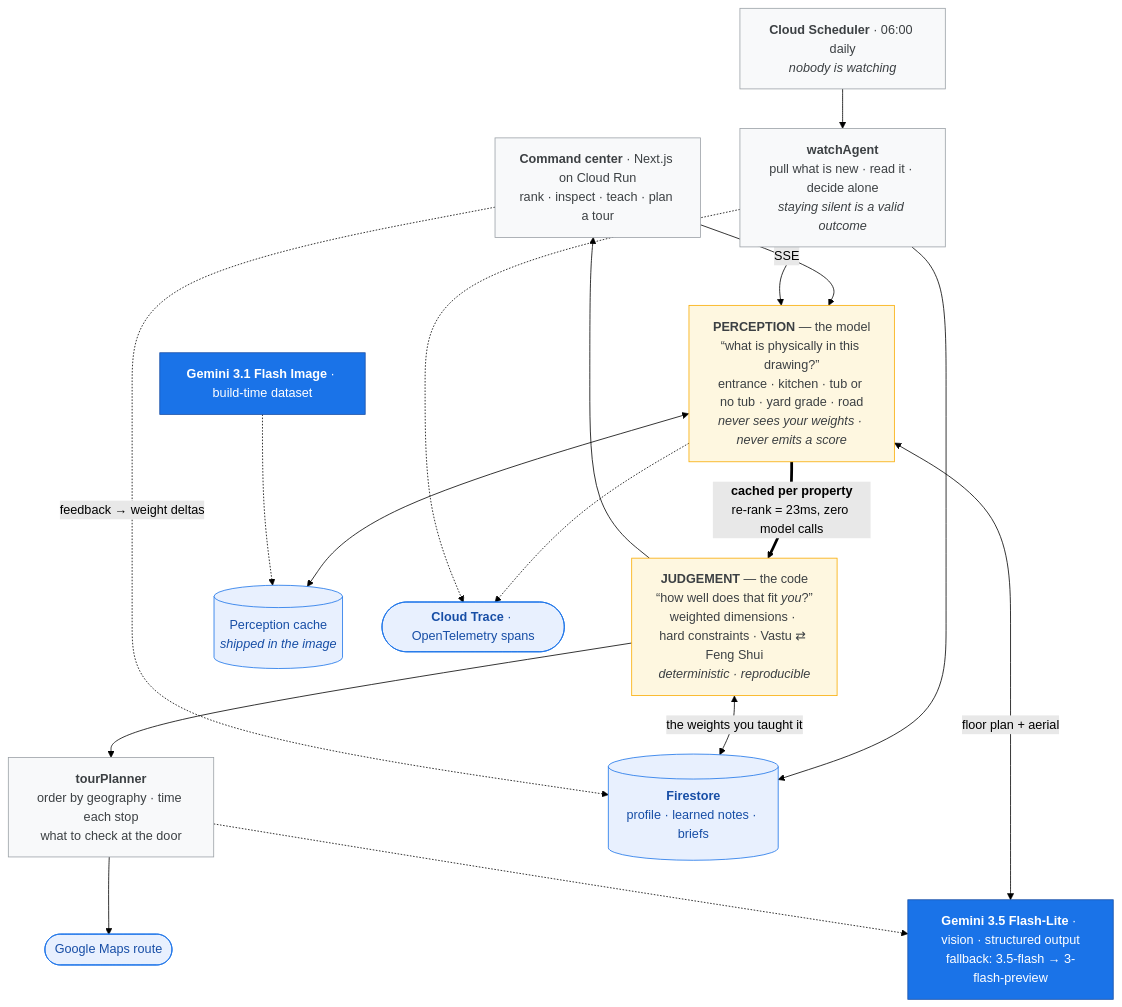
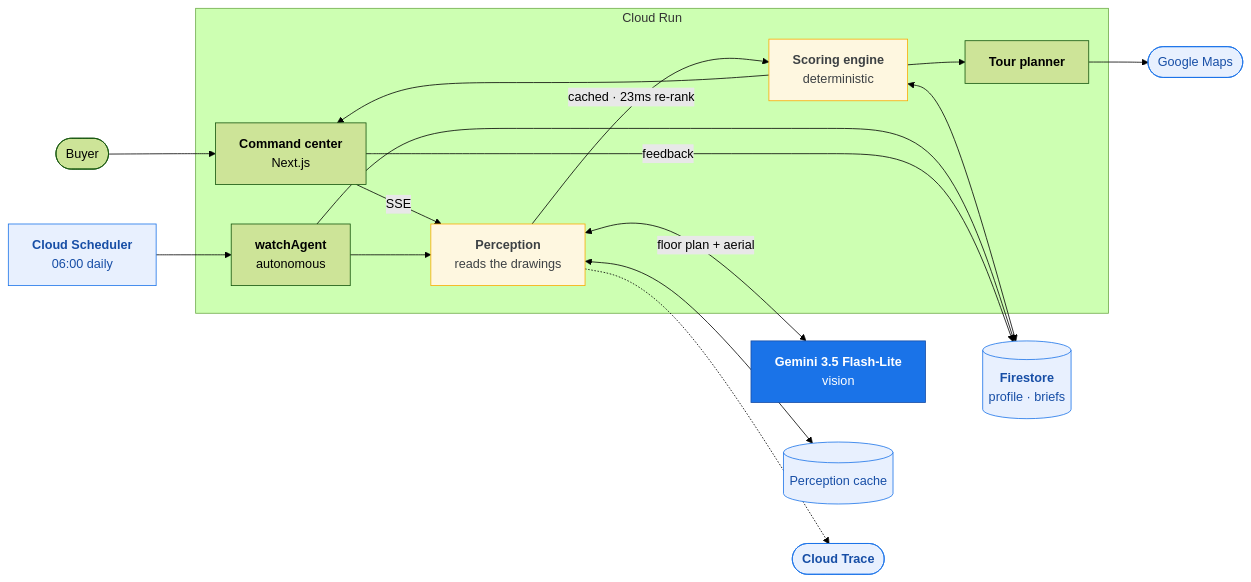
The diagram in docs/diagram-source.mmd (skg0525/allthingsagentichackathon), drawn with Mermaid (forest theme) before and after one commit. The commit also changed 5 other files, not shown here.

Commit message:
Restructure the demo for a 30-second hook; use your own voice per organizer guidance

```diff
--- a/docs/diagram-source.mmd
+++ b/docs/diagram-source.mmd
@@ -1,43 +1,34 @@
-flowchart TB
+flowchart LR
 
-UI["<b>Command center</b> · Next.js on Cloud Run<br/>rank · inspect · teach · plan a tour"]
-SCHED["<b>Cloud Scheduler</b> · 06:00 daily<br/><i>nobody is watching</i>"]
-WATCH["<b>watchAgent</b><br/>pull what is new · read it · decide alone<br/><i>staying silent is a valid outcome</i>"]
+  USER(["Buyer"]) --> UI
+  CRON["<b>Cloud Scheduler</b><br/>06:00 daily"] --> WATCH
 
-PERC["<b>PERCEPTION</b> — the model<br/>“what is physically in this drawing?”<br/>entrance · kitchen · tub or no tub · yard grade · road<br/><i>never sees your weights · never emits a score</i>"]
-JUDGE["<b>JUDGEMENT</b> — the code<br/>“how well does that fit <i>you</i>?”<br/>weighted dimensions · hard constraints · Vastu ⇄ Feng Shui<br/><i>deterministic · reproducible</i>"]
+  subgraph CR["Cloud Run"]
+    UI["<b>Command center</b><br/>Next.js"]
+    WATCH["<b>watchAgent</b><br/>autonomous"]
+    PERC["<b>Perception</b><br/>reads the drawings"]
+    JUDGE["<b>Scoring engine</b><br/>deterministic"]
+    TOUR["<b>Tour planner</b>"]
+  end
 
-TOUR["<b>tourPlanner</b><br/>order by geography · time each stop<br/>what to check at the door"]
-MAPS(["Google Maps route"])
+  UI -->|SSE| PERC
+  WATCH --> PERC
+  PERC -->|"cached · 23ms re-rank"| JUDGE
+  JUDGE --> UI
+  JUDGE --> TOUR
 
-GEM["<b>Gemini 3.5 Flash-Lite</b> · vision · structured output<br/>fallback: 3.5-flash → 3-flash-preview"]
-IMG["<b>Gemini 3.1 Flash Image</b> · build-time dataset"]
+  PERC <-->|"floor plan + aerial"| GEM["<b>Gemini 3.5 Flash-Lite</b><br/>vision"]
+  TOUR --> MAPS(["Google Maps"])
 
-FS[("<b>Firestore</b><br/>profile · learned notes · briefs")]
-CACHE[("Perception cache<br/><i>shipped in the image</i>")]
-TRACE(["<b>Cloud Trace</b> · OpenTelemetry spans"])
+  JUDGE <--> FS[("<b>Firestore</b><br/>profile · briefs")]
+  WATCH --> FS
+  UI -->|feedback| FS
+  PERC <--> CACHE[("Perception cache")]
+  PERC -.-> TRACE(["<b>Cloud Trace</b>"])
 
-UI     -->|"SSE"| PERC
-SCHED  --> WATCH --> PERC
-PERC   ==>|"<b>cached per property</b><br/>re-rank = 23ms, zero model calls"| JUDGE
-JUDGE  --> TOUR --> MAPS
-JUDGE  --> UI
-WATCH  --> FS
-
-PERC   <-->|"floor plan + aerial"| GEM
-PERC   <--> CACHE
-IMG    -.-> CACHE
-TOUR   -.-> GEM
-JUDGE  <-->|"the weights you taught it"| FS
-UI     -.->|"feedback → weight deltas"| FS
-PERC   -.-> TRACE
-WATCH  -.-> TRACE
-
-classDef g fill:#1a73e8,stroke:#174ea6,color:#fff
-classDef store fill:#e8f0fe,stroke:#1a73e8,color:#174ea6
-classDef key fill:#fef7e0,stroke:#f9ab00,color:#3c4043
-classDef plain fill:#f8f9fa,stroke:#9aa0a6,color:#3c4043
-class GEM,IMG g
-class FS,CACHE,TRACE,MAPS store
-class PERC,JUDGE key
-class UI,SCHED,WATCH,TOUR plain
+  classDef g fill:#1a73e8,stroke:#174ea6,color:#fff
+  classDef store fill:#e8f0fe,stroke:#1a73e8,color:#174ea6
+  classDef key fill:#fef7e0,stroke:#f9ab00,color:#3c4043
+  class GEM g
+  class FS,CACHE,TRACE,MAPS,CRON store
+  class PERC,JUDGE key
```
